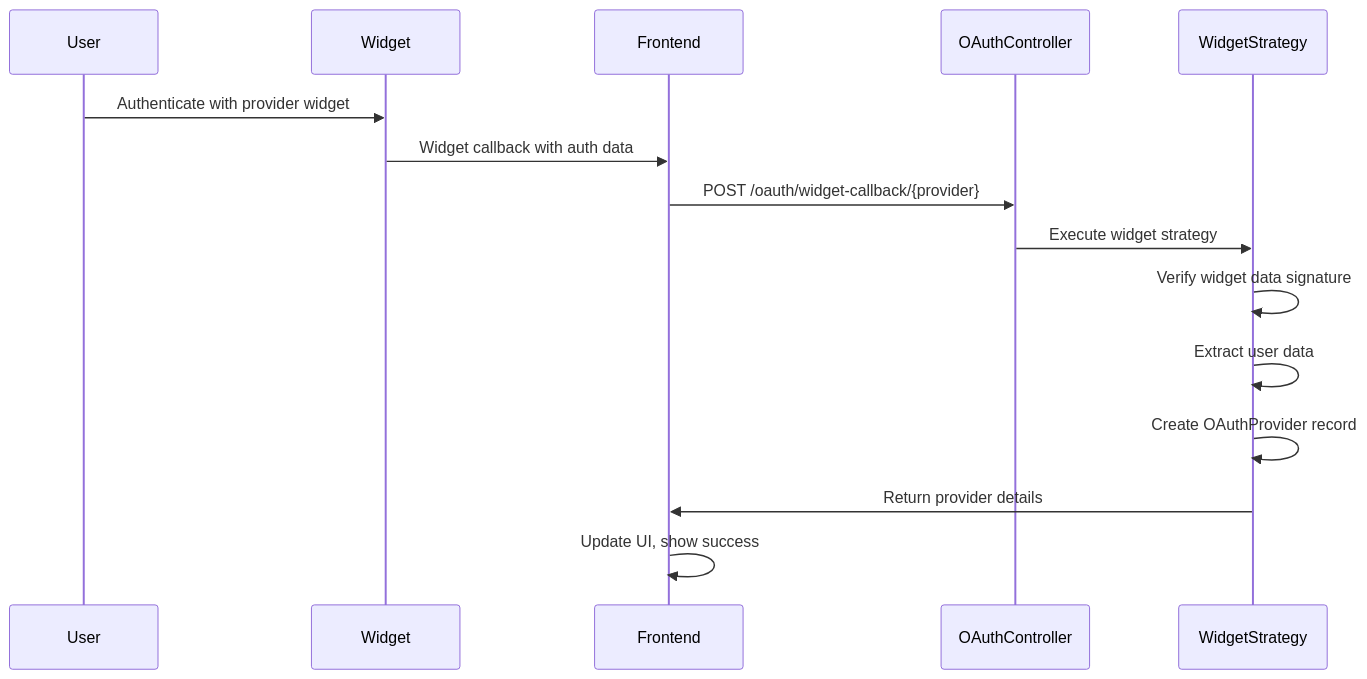
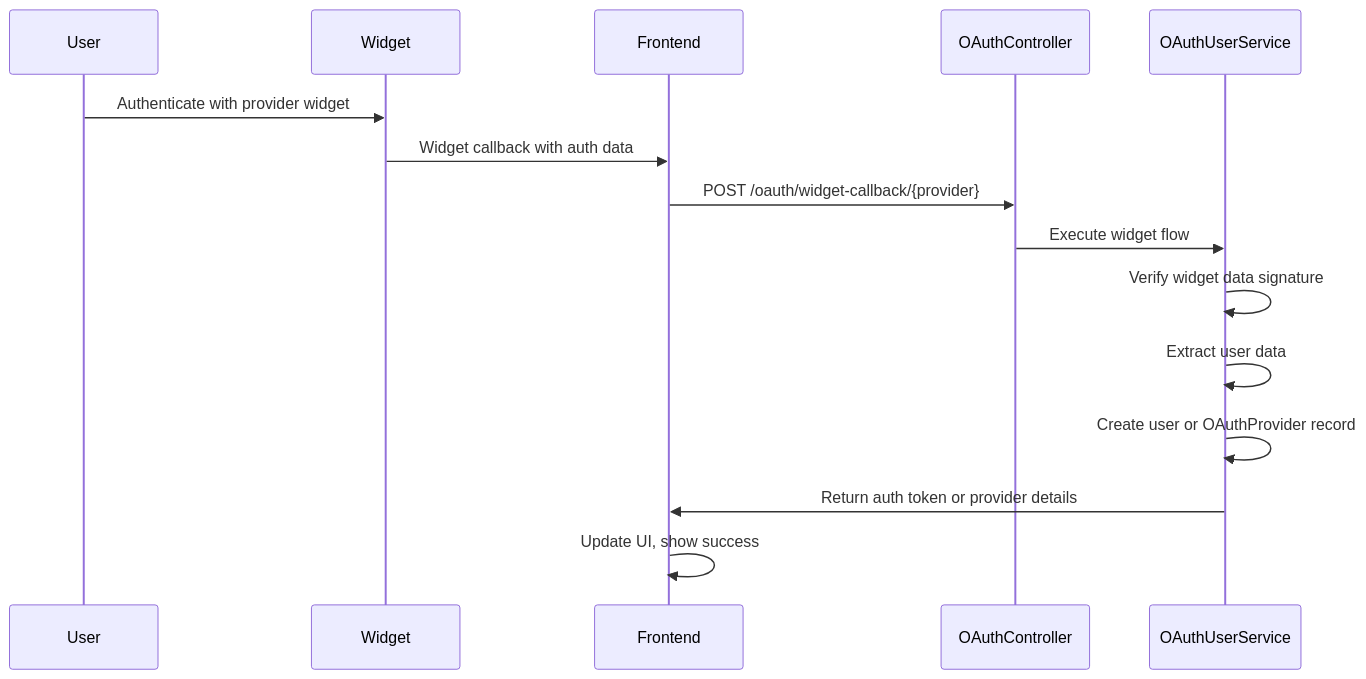
The fifth of 5 diagrams in docs/contributing/new-integration.mdx (JhumanJ/OpnForm), drawn with Mermaid before and after one commit. The commit also changed other lines of this file and 17 other files, not shown here.

````diff
--- a/docs/contributing/new-integration.mdx
+++ b/docs/contributing/new-integration.mdx
@@ -330,18 +335,18 @@
 ```mermaid
 sequenceDiagram
     participant U as User
     participant W as Widget
     participant F as Frontend  
     participant API as OAuthController
-    participant WS as WidgetStrategy
+    participant US as OAuthUserService
     
     U->>W: Authenticate with provider widget
     W->>F: Widget callback with auth data
     F->>API: POST /oauth/widget-callback/{provider}
-    API->>WS: Execute widget strategy
-    WS->>WS: Verify widget data signature
-    WS->>WS: Extract user data
-    WS->>WS: Create OAuthProvider record
-    WS->>F: Return provider details
+    API->>US: Execute widget flow
+    US->>US: Verify widget data signature
+    US->>US: Extract user data
+    US->>US: Create user or OAuthProvider record
+    US->>F: Return auth token or provider details
     F->>F: Update UI, show success
 ```
````
